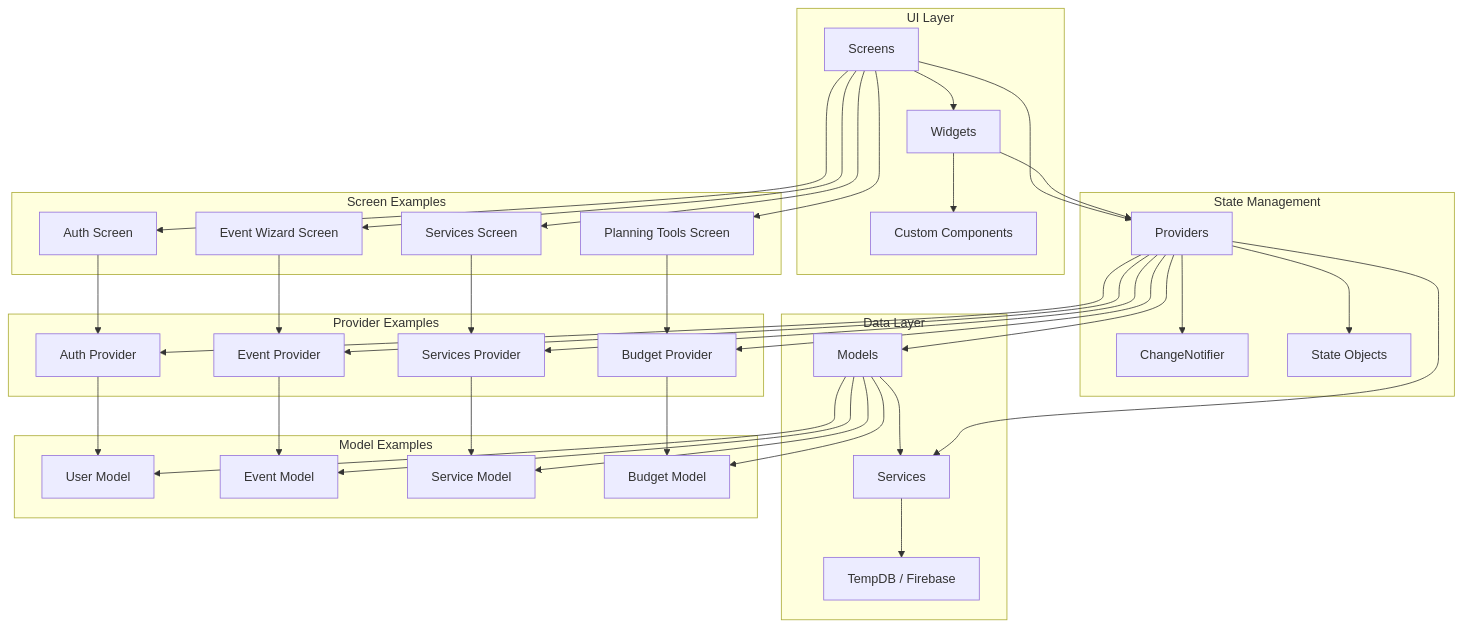
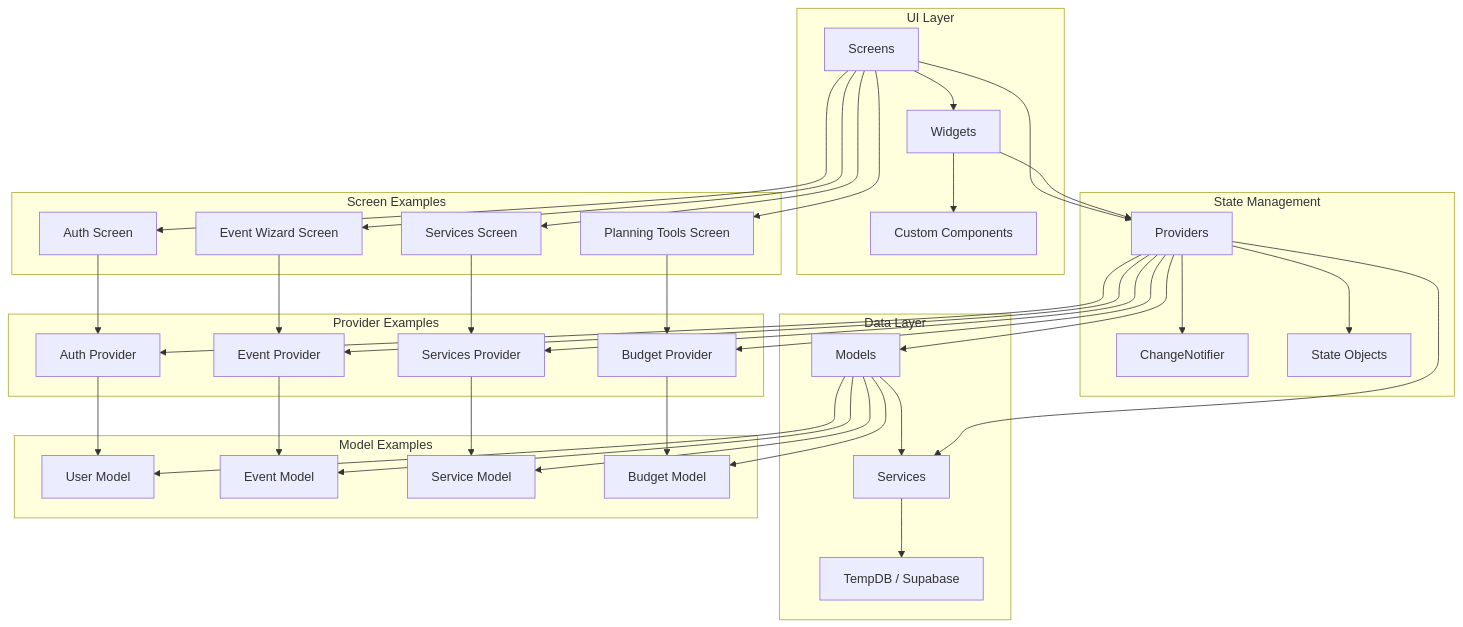
One commit to ReemNeama/eventati_book changed the second of 8 diagrams in docs/mermaid_diagrams/app_architecture.md. Above: the diagram before and after it, drawn with Mermaid. The commit also changed other lines of this file and 97 other files, not shown here.

```diff
--- a/docs/mermaid_diagrams/app_architecture.md
+++ b/docs/mermaid_diagrams/app_architecture.md
@@ -34,80 +34,80 @@
         Screens[Screens]
         Widgets[Widgets]
         CustomComponents[Custom Components]
-        
+
         Screens --> Widgets
         Widgets --> CustomComponents
     end
-    
+
     %% State Management
     subgraph "State Management"
         Providers[Providers]
         ChangeNotifier[ChangeNotifier]
         StateObjects[State Objects]
-        
+
         Providers --> ChangeNotifier
         Providers --> StateObjects
     end
-    
+
     %% Data Layer
     subgraph "Data Layer"
         Models[Models]
         Services[Services]
-        DataStorage[TempDB / Firebase]
-        
+        DataStorage[TempDB / Supabase]
+
         Models --> Services
         Services --> DataStorage
     end
-    
+
     %% Cross-layer connections
     Screens --> Providers
     Widgets --> Providers
     Providers --> Models
     Providers --> Services
-    
+
     %% Specific components
     subgraph "Screen Examples"
         AuthScreen[Auth Screen]
         EventWizardScreen[Event Wizard Screen]
         ServicesScreen[Services Screen]
         PlanningToolsScreen[Planning Tools Screen]
-        
+
         Screens --> AuthScreen
         Screens --> EventWizardScreen
         Screens --> ServicesScreen
         Screens --> PlanningToolsScreen
     end
-    
+
     subgraph "Provider Examples"
         AuthProvider[Auth Provider]
         EventProvider[Event Provider]
         ServicesProvider[Services Provider]
         BudgetProvider[Budget Provider]
-        
+
         Providers --> AuthProvider
         Providers --> EventProvider
         Providers --> ServicesProvider
         Providers --> BudgetProvider
     end
-    
+
     subgraph "Model Examples"
         UserModel[User Model]
         EventModel[Event Model]
         ServiceModel[Service Model]
         BudgetModel[Budget Model]
-        
+
         Models --> UserModel
         Models --> EventModel
         Models --> ServiceModel
         Models --> BudgetModel
     end
-    
+
     %% Specific connections
     AuthScreen --> AuthProvider
     EventWizardScreen --> EventProvider
     ServicesScreen --> ServicesProvider
     PlanningToolsScreen --> BudgetProvider
-    
+
     AuthProvider --> UserModel
     EventProvider --> EventModel
     ServicesProvider --> ServiceModel
```
